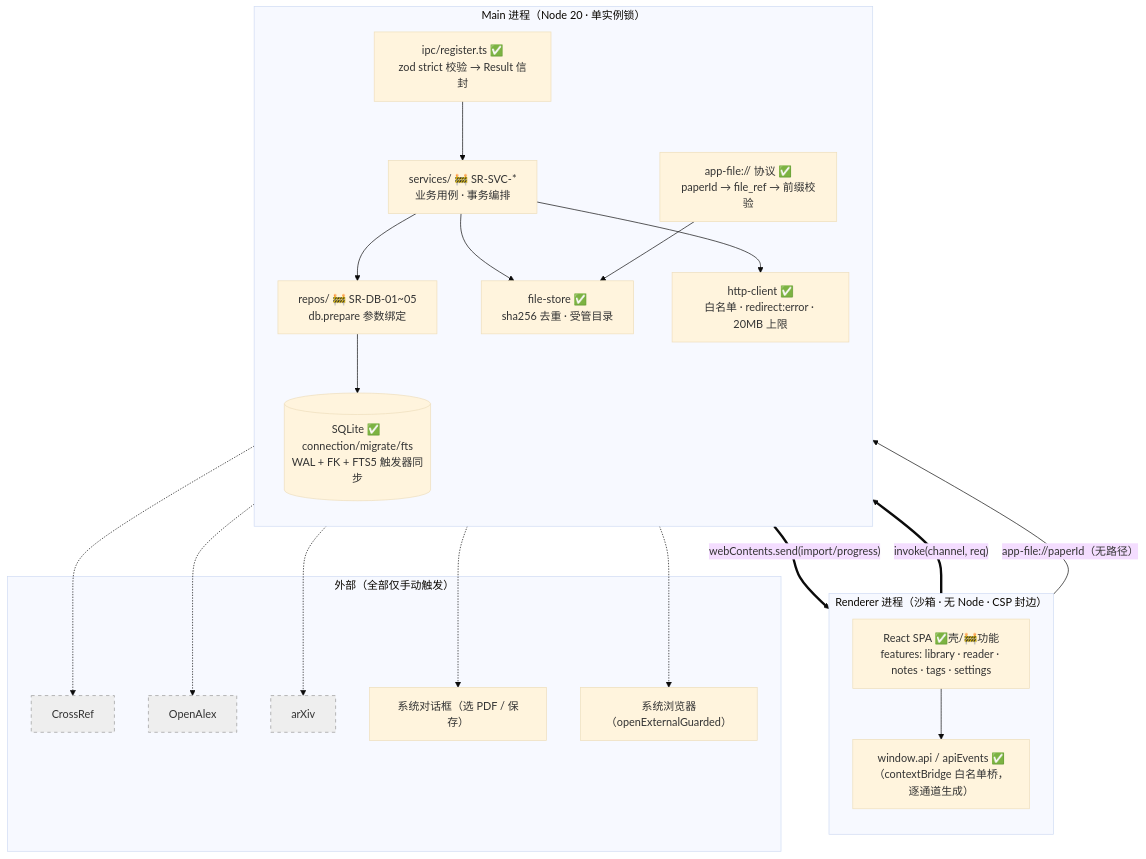
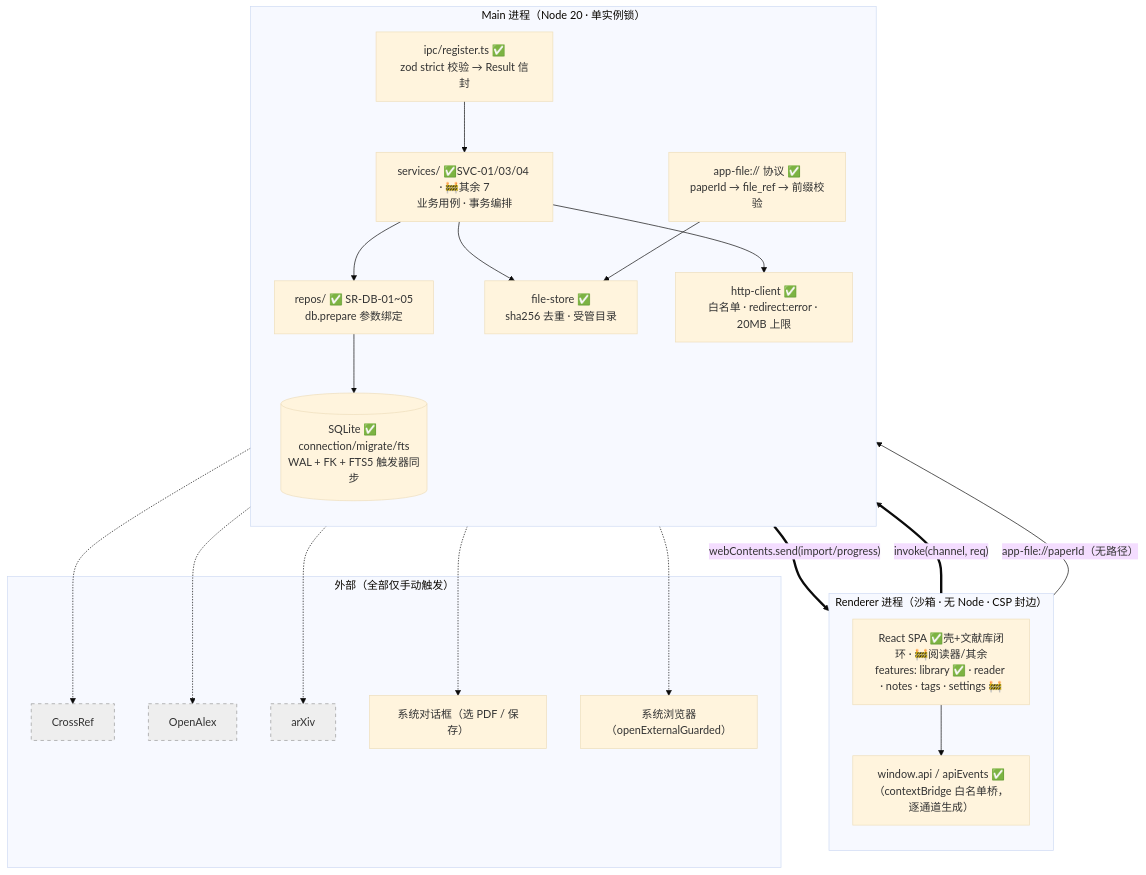
One commit to yyx20040712/Synapse changed the first of 8 diagrams in docs/architecture.md. Above: the diagram before and after it, drawn with Mermaid (base theme). The commit also changed other lines of this file and 1 other file, not shown here.

Commit message:
docs: Phase 1/2 完成勾选——34 done / 38 open，架构图纸状态刷新（repos 全绿、导入闭环、库 UI 闭环）

````diff
--- a/docs/architecture.md
+++ b/docs/architecture.md
@@ -69,37 +69,37 @@
 ```mermaid
 flowchart TB
   subgraph R["Renderer 进程（沙箱 · 无 Node · CSP 封边）"]
     direction TB
-    UI["React SPA ✅壳/🚧功能<br/>features: library · reader · notes · tags · settings"]
+    UI["React SPA ✅壳+文献库闭环 · 🚧阅读器/其余<br/>features: library ✅ · reader · notes · tags · settings 🚧"]
     WA["window.api / apiEvents ✅<br/>（contextBridge 白名单桥，逐通道生成）"]
     UI --> WA
   end
 
   subgraph M["Main 进程（Node 20 · 单实例锁）"]
     direction TB
     REG["ipc/register.ts ✅<br/>zod strict 校验 → Result 信封"]
-    SVC["services/ 🚧 SR-SVC-*<br/>业务用例 · 事务编排"]
-    REPO["repos/ 🚧 SR-DB-01~05<br/>db.prepare 参数绑定"]
+    SVC["services/ ✅SVC-01/03/04 · 🚧其余 7<br/>业务用例 · 事务编排"]
+    REPO["repos/ ✅ SR-DB-01~05<br/>db.prepare 参数绑定"]
     DB[("SQLite ✅ connection/migrate/fts<br/>WAL + FK + FTS5 触发器同步")]
     PROTO["app-file:// 协议 ✅<br/>paperId → file_ref → 前缀校验"]
     FSTORE["file-store ✅<br/>sha256 去重 · 受管目录"]
     HTTP["http-client ✅<br/>白名单 · redirect:error · 20MB 上限"]
   end
 
   subgraph E["外部（全部仅手动触发）"]
     CR["CrossRef"]:::ext
     OA["OpenAlex"]:::ext
     AX["arXiv"]:::ext
     DLG["系统对话框（选 PDF / 保存）"]
     BRW["系统浏览器（openExternalGuarded）"]
   end
 
   WA == "invoke(channel, req)" ==> REG
   REG --> SVC --> REPO --> DB
   SVC --> FSTORE
   SVC --> HTTP -.-> CR & OA & AX
   SVC == "webContents.send(import/progress)" ==> WA
   UI -- "app-file://paperId（无路径）" --> PROTO --> FSTORE
   M -.-> DLG & BRW
   classDef ext fill:#eee,stroke:#999,stroke-dasharray: 5 5
 ```
````
